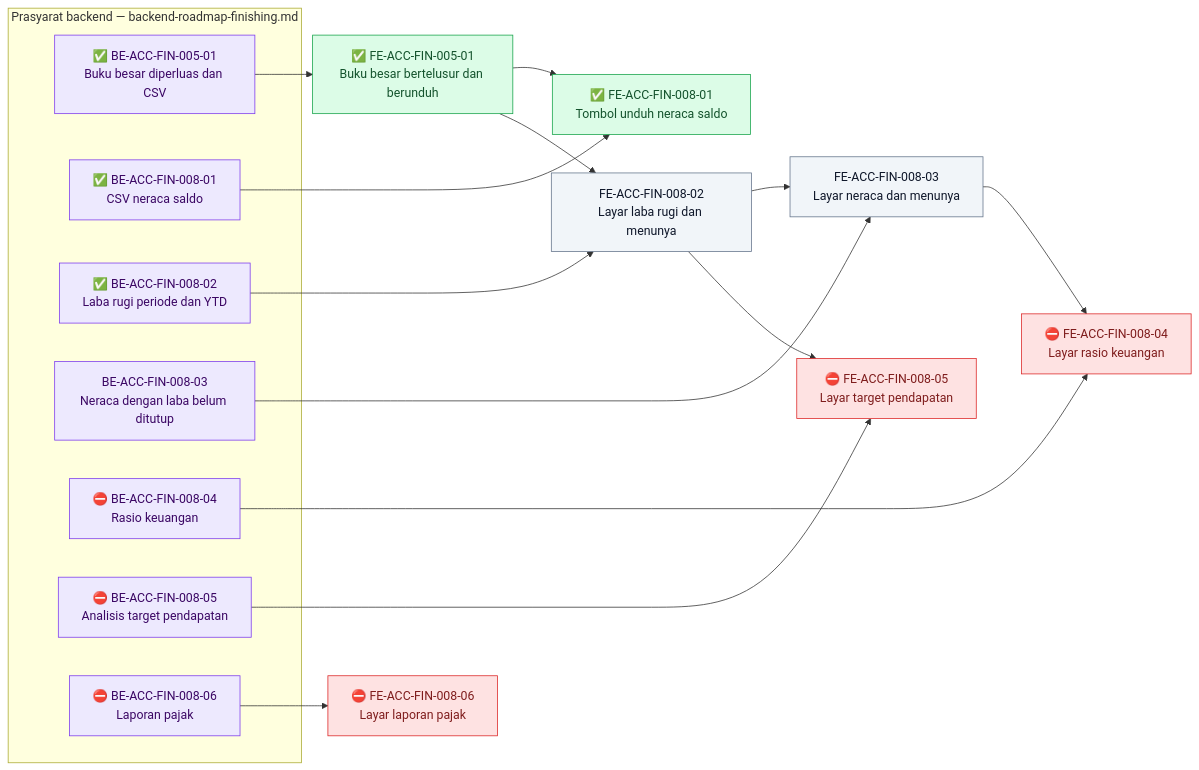
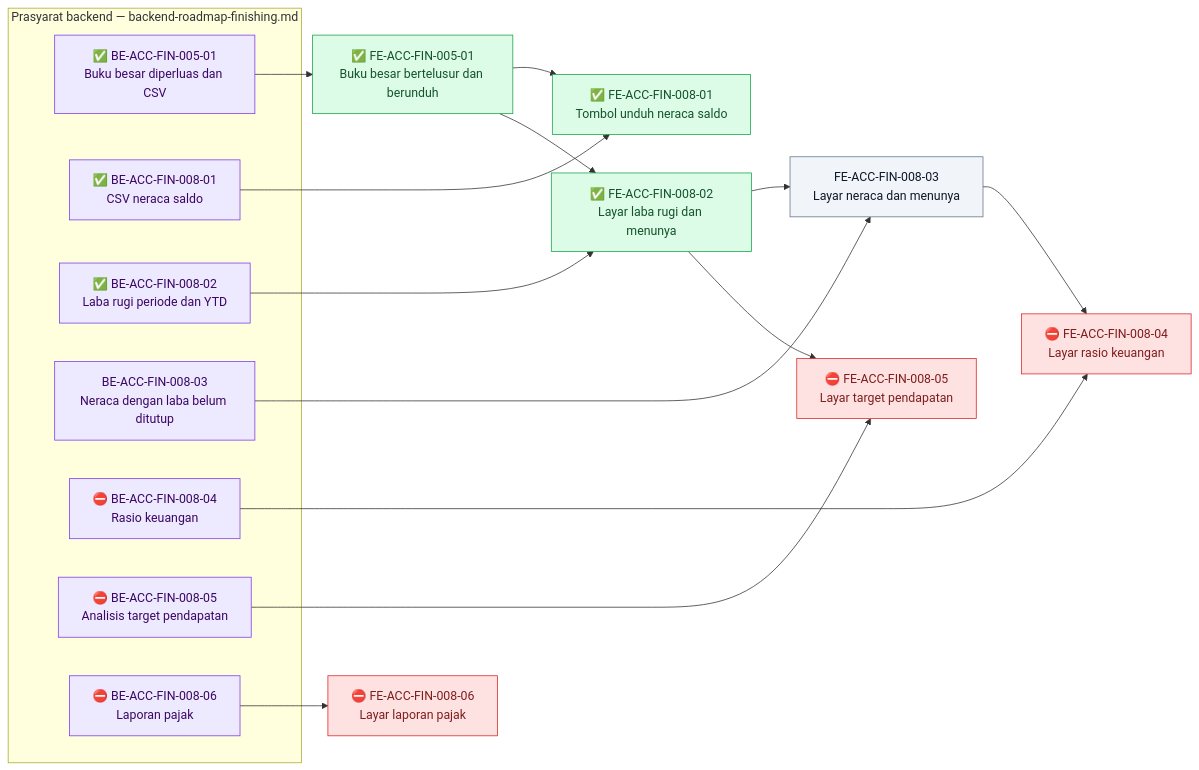
One commit to DevBenari/NewQuilvianSystemBackend changed the diagram in docs/module-blueprints/accounting/roadmap/frontend-roadmap-finishing.md. Above: the diagram before and after it, drawn with Mermaid. The commit also changed other lines of this file and 3 other files, not shown here.

First line of the commit message:
docs(accounting): laporan dan status FE-ACC-FIN-008-02 (layar laba rugi)

````diff
--- a/docs/module-blueprints/accounting/roadmap/frontend-roadmap-finishing.md
+++ b/docs/module-blueprints/accounting/roadmap/frontend-roadmap-finishing.md
@@ -40,39 +40,39 @@
 ```mermaid
 flowchart LR
     classDef selesai fill:#DCFCE7,stroke:#16A34A,color:#14532D
     classDef sebagian fill:#FEF9C3,stroke:#CA8A04,color:#713F12
     classDef terblokir fill:#FEE2E2,stroke:#DC2626,color:#7F1D1D
     classDef belum fill:#F1F5F9,stroke:#64748B,color:#0F172A
     classDef luar fill:#EDE9FE,stroke:#7C3AED,color:#3B0764
 
     subgraph backend["Prasyarat backend — backend-roadmap-finishing.md"]
         BEACCFIN00501["✅ BE-ACC-FIN-005-01<br/>Buku besar diperluas dan CSV"]:::luar
         BEACCFIN00801["✅ BE-ACC-FIN-008-01<br/>CSV neraca saldo"]:::luar
         BEACCFIN00802["✅ BE-ACC-FIN-008-02<br/>Laba rugi periode dan YTD"]:::luar
         BEACCFIN00803["BE-ACC-FIN-008-03<br/>Neraca dengan laba belum ditutup"]:::luar
         BEACCFIN00804["⛔ BE-ACC-FIN-008-04<br/>Rasio keuangan"]:::luar
         BEACCFIN00805["⛔ BE-ACC-FIN-008-05<br/>Analisis target pendapatan"]:::luar
         BEACCFIN00806["⛔ BE-ACC-FIN-008-06<br/>Laporan pajak"]:::luar
     end
 
     FEACCFIN00501["✅ FE-ACC-FIN-005-01<br/>Buku besar bertelusur dan berunduh"]:::selesai
     FEACCFIN00801["✅ FE-ACC-FIN-008-01<br/>Tombol unduh neraca saldo"]:::selesai
-    FEACCFIN00802["FE-ACC-FIN-008-02<br/>Layar laba rugi dan menunya"]:::belum
+    FEACCFIN00802["✅ FE-ACC-FIN-008-02<br/>Layar laba rugi dan menunya"]:::selesai
     FEACCFIN00803["FE-ACC-FIN-008-03<br/>Layar neraca dan menunya"]:::belum
     FEACCFIN00804["⛔ FE-ACC-FIN-008-04<br/>Layar rasio keuangan"]:::terblokir
     FEACCFIN00805["⛔ FE-ACC-FIN-008-05<br/>Layar target pendapatan"]:::terblokir
     FEACCFIN00806["⛔ FE-ACC-FIN-008-06<br/>Layar laporan pajak"]:::terblokir
 
     BEACCFIN00501 --> FEACCFIN00501
     BEACCFIN00801 --> FEACCFIN00801
     FEACCFIN00501 --> FEACCFIN00801
     BEACCFIN00802 --> FEACCFIN00802
     FEACCFIN00501 --> FEACCFIN00802
     BEACCFIN00803 --> FEACCFIN00803
     FEACCFIN00802 --> FEACCFIN00803
     BEACCFIN00804 --> FEACCFIN00804
     FEACCFIN00803 --> FEACCFIN00804
     BEACCFIN00805 --> FEACCFIN00805
     FEACCFIN00802 --> FEACCFIN00805
     BEACCFIN00806 --> FEACCFIN00806
 ```
````
